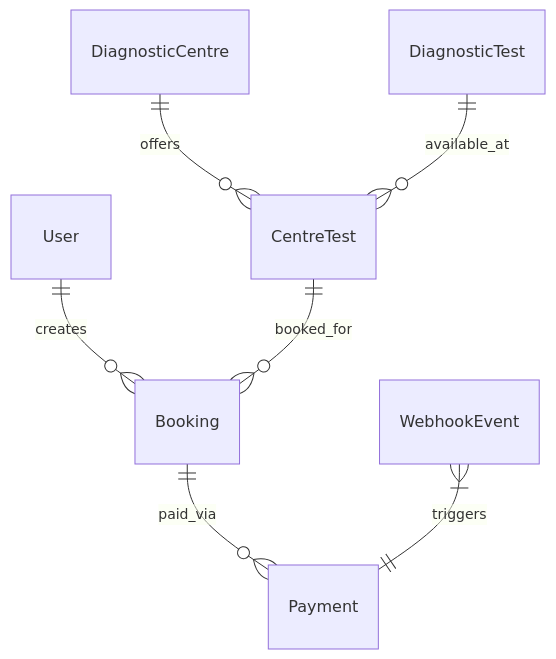
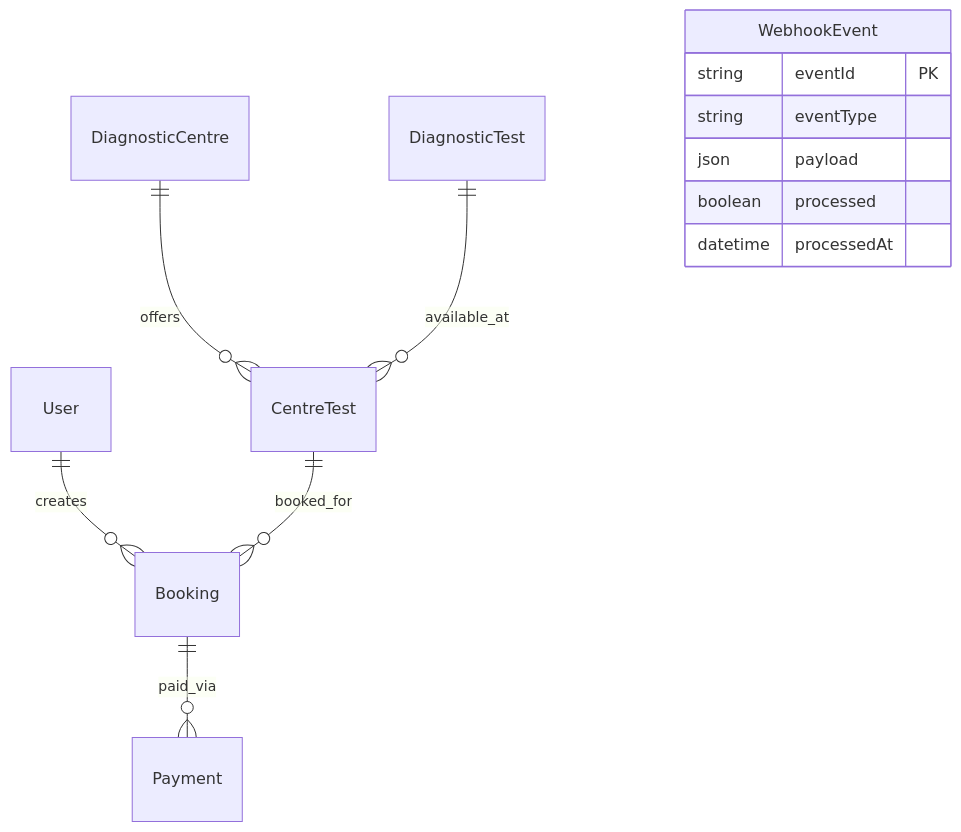
Before and after one commit to KrishnaKanhaiya1/test_bookings: the diagram in README.md, drawn with Mermaid. The commit also changed other lines of this file and 4 other files, not shown here.

````diff
--- a/README.md
+++ b/README.md
@@ -166,9 +166,15 @@
 ```mermaid
 erDiagram
     User ||--o{ Booking : creates
     DiagnosticCentre ||--o{ CentreTest : offers
     DiagnosticTest ||--o{ CentreTest : available_at
     CentreTest ||--o{ Booking : booked_for
     Booking ||--o{ Payment : paid_via
-    WebhookEvent }|--|| Payment : triggers
+    WebhookEvent {
+        string eventId PK
+        string eventType
+        json payload
+        boolean processed
+        datetime processedAt
+    }
 ```
````
